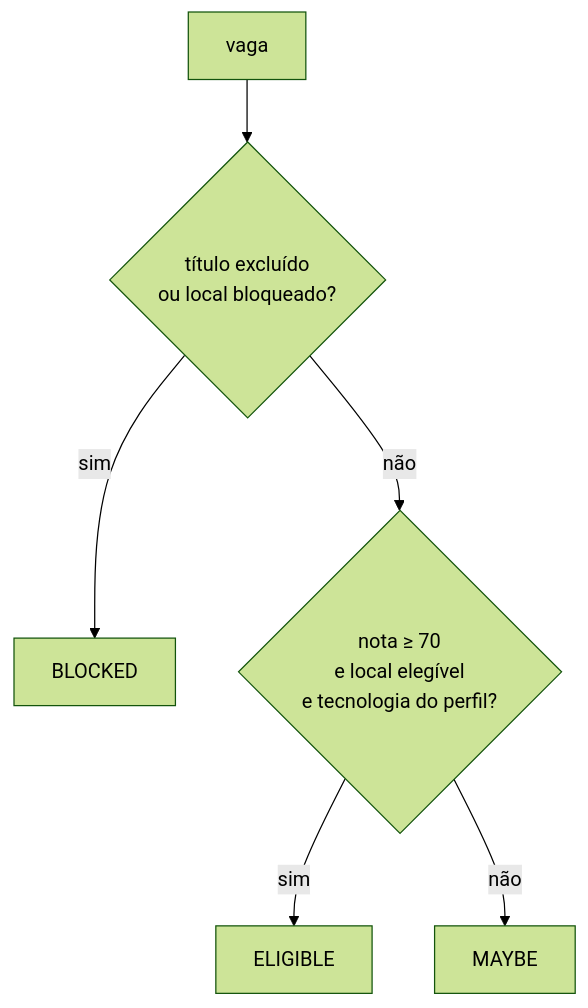
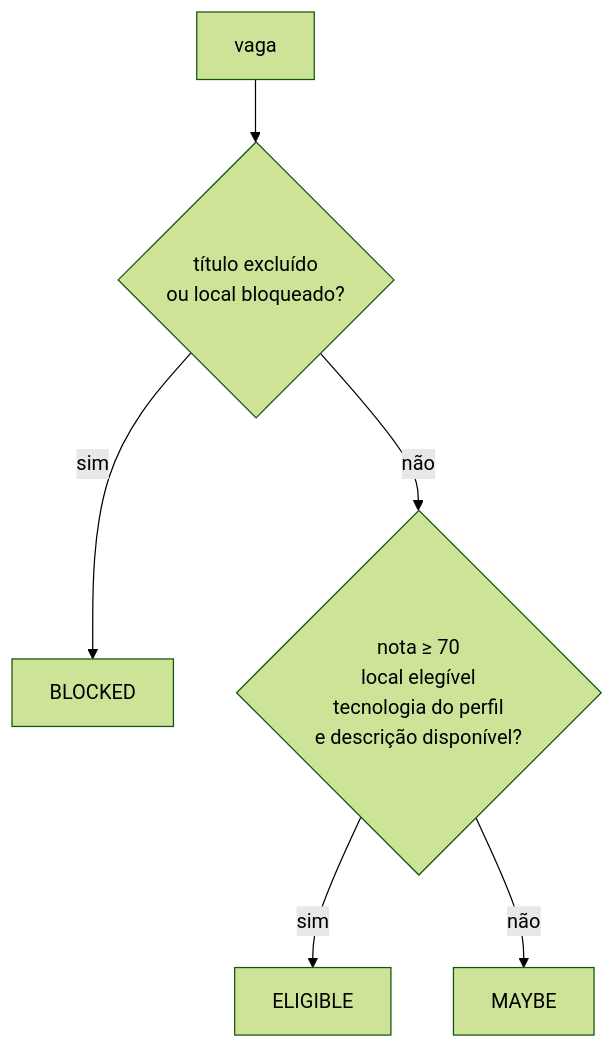
The diagram in docs/arquitetura/pontuacao.md (nataliatobiasdev/vagas-1000), drawn with Mermaid (forest theme) before and after one commit. The commit also changed other lines of this file and 11 other files, not shown here.

````diff
--- a/docs/arquitetura/pontuacao.md
+++ b/docs/arquitetura/pontuacao.md
@@ -25,8 +25,8 @@
 ```mermaid
 flowchart TD
   A[vaga] --> B{título excluído<br/>ou local bloqueado?}
   B -->|sim| X[BLOCKED]
-  B -->|não| C{nota ≥ 70<br/>e local elegível<br/>e tecnologia do perfil?}
+  B -->|não| C{nota ≥ 70<br/>local elegível<br/>tecnologia do perfil<br/>e descrição disponível?}
   C -->|sim| E[ELIGIBLE]
   C -->|não| M[MAYBE]
 ```
````
